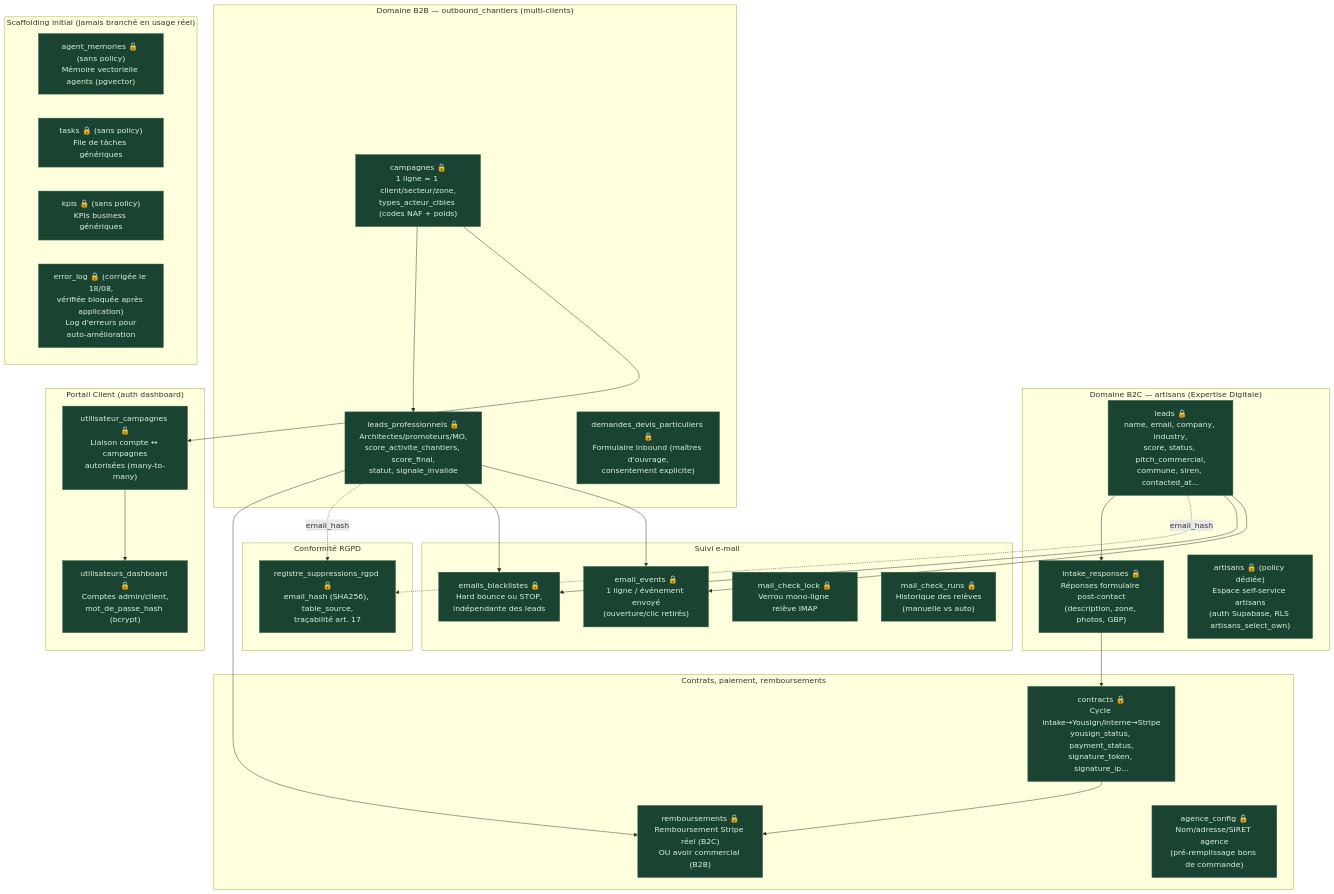
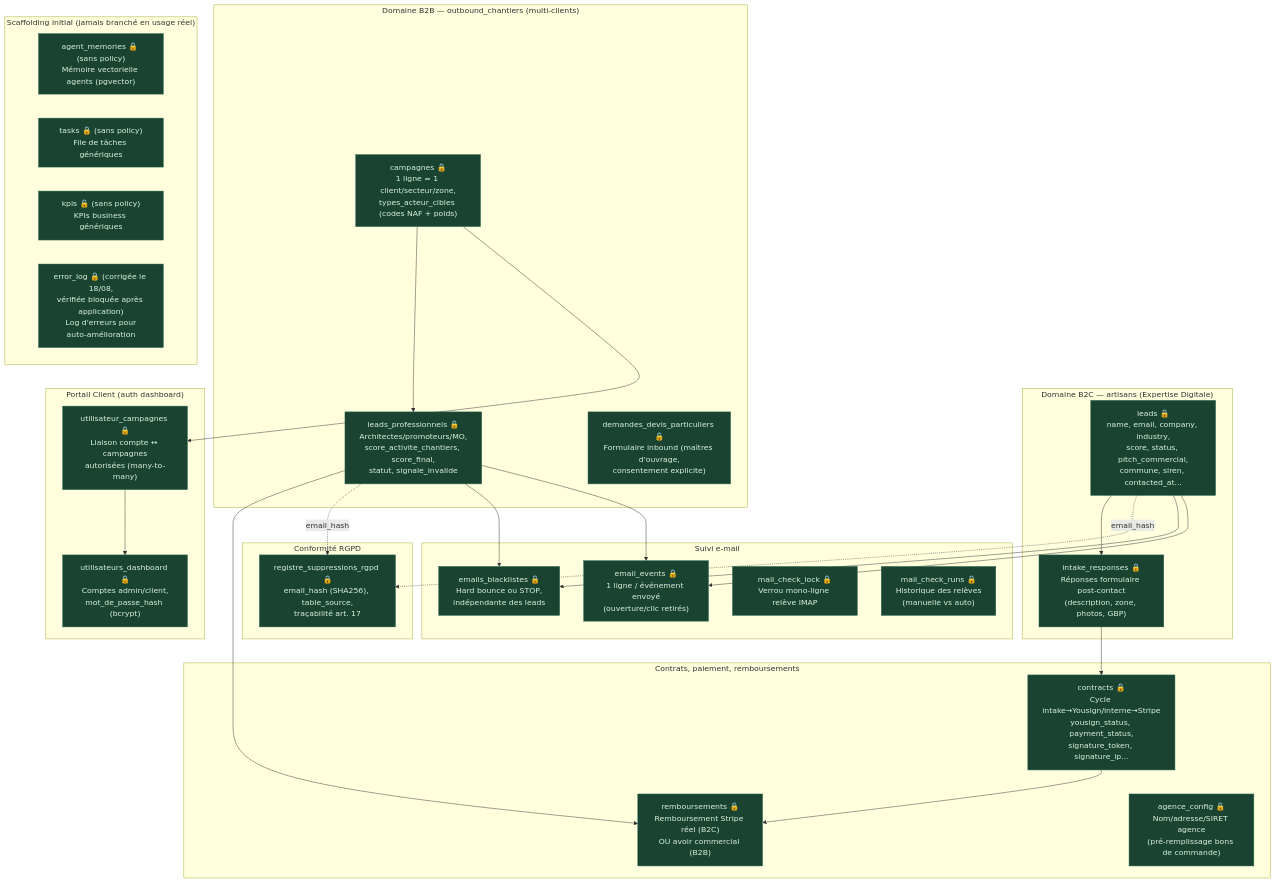
The first of 2 diagrams in docs/architecture_donnees.md (contactmonagenceiapro-sudo/leads-creator), drawn with Mermaid before and after one commit. The commit also changed other lines of this file and 10 other files, not shown here.

````diff
--- a/docs/architecture_donnees.md
+++ b/docs/architecture_donnees.md
@@ -22,59 +25,58 @@
 ```mermaid
 flowchart TD
     classDef protege fill:#1b4332,stroke:#2d6a4f,color:#d8f3dc
 
     subgraph B2C_DOM["Domaine B2C — artisans (Expertise Digitale)"]
         LEADS["leads 🔒\nname, email, company, industry,\nscore, status, pitch_commercial,\ncommune, siren, contacted_at..."]
         INTAKE["intake_responses 🔒\nRéponses formulaire post-contact\n(description, zone, photos, GBP)"]
-        ARTISANS["artisans 🔒 (policy dédiée)\nEspace self-service artisans\n(auth Supabase, RLS artisans_select_own)"]
     end
 
     subgraph B2B_DOM["Domaine B2B — outbound_chantiers (multi-clients)"]
         LPRO["leads_professionnels 🔒\nArchitectes/promoteurs/MO,\nscore_activite_chantiers, score_final,\nstatut, signale_invalide"]
         CAMP["campagnes 🔒\n1 ligne = 1 client/secteur/zone,\ntypes_acteur_cibles (codes NAF + poids)"]
         DEVIS["demandes_devis_particuliers 🔒\nFormulaire inbound (maîtres d'ouvrage,\nconsentement explicite)"]
     end
 
     subgraph CONTRAT_DOM["Contrats, paiement, remboursements"]
         CONTRACTS["contracts 🔒\nCycle intake→Yousign/interne→Stripe\nyousign_status, payment_status,\nsignature_token, signature_ip..."]
         REMB["remboursements 🔒\nRemboursement Stripe réel (B2C)\nOU avoir commercial (B2B)"]
         AGCONF["agence_config 🔒\nNom/adresse/SIRET agence\n(pré-remplissage bons de commande)"]
     end
 
     subgraph EMAIL_DOM["Suivi e-mail"]
         EVENTS["email_events 🔒\n1 ligne / événement envoyé\n(ouverture/clic retirés)"]
         BLACKLIST["emails_blacklistes 🔒\nHard bounce ou STOP,\nindépendante des leads"]
         MAILLOCK["mail_check_lock 🔒\nVerrou mono-ligne relève IMAP"]
         MAILRUNS["mail_check_runs 🔒\nHistorique des relèves\n(manuelle vs auto)"]
     end
 
     subgraph PORTAIL_DOM["Portail Client (auth dashboard)"]
         UDASH["utilisateurs_dashboard 🔒\nComptes admin/client,\nmot_de_passe_hash (bcrypt)"]
         UCAMP["utilisateur_campagnes 🔒\nLiaison compte ↔ campagnes\nautorisées (many-to-many)"]
     end
 
     subgraph RGPD_DOM["Conformité RGPD"]
         REGISTRE["registre_suppressions_rgpd 🔒\nemail_hash (SHA256), table_source,\ntraçabilité art. 17"]
     end
 
     subgraph SCAFFOLD["Scaffolding initial (jamais branché en usage réel)"]
         MEMORIES["agent_memories 🔒 (sans policy)\nMémoire vectorielle agents (pgvector)"]
         TASKS["tasks 🔒 (sans policy)\nFile de tâches génériques"]
         KPIS["kpis 🔒 (sans policy)\nKPIs business génériques"]
         ERRLOG["error_log 🔒 (corrigée le 18/08,\nvérifiée bloquée après application)\nLog d'erreurs pour\nauto-amélioration"]
     end
 
     LEADS --> INTAKE --> CONTRACTS
     LPRO --> REMB
     CONTRACTS --> REMB
     CAMP --> LPRO
     CAMP --> UCAMP --> UDASH
     LEADS -.->|"email_hash"| REGISTRE
     LPRO -.->|"email_hash"| REGISTRE
     LEADS --> BLACKLIST
     LPRO --> BLACKLIST
     LEADS --> EVENTS
     LPRO --> EVENTS
 
-    class LEADS,ARTISANS,DEVIS,CONTRACTS,REGISTRE,MEMORIES,TASKS,KPIS,INTAKE,LPRO,CAMP,REMB,AGCONF,EVENTS,BLACKLIST,MAILLOCK,MAILRUNS,UDASH,UCAMP,ERRLOG protege
+    class LEADS,DEVIS,CONTRACTS,REGISTRE,MEMORIES,TASKS,KPIS,INTAKE,LPRO,CAMP,REMB,AGCONF,EVENTS,BLACKLIST,MAILLOCK,MAILRUNS,UDASH,UCAMP,ERRLOG protege
 ```
````
